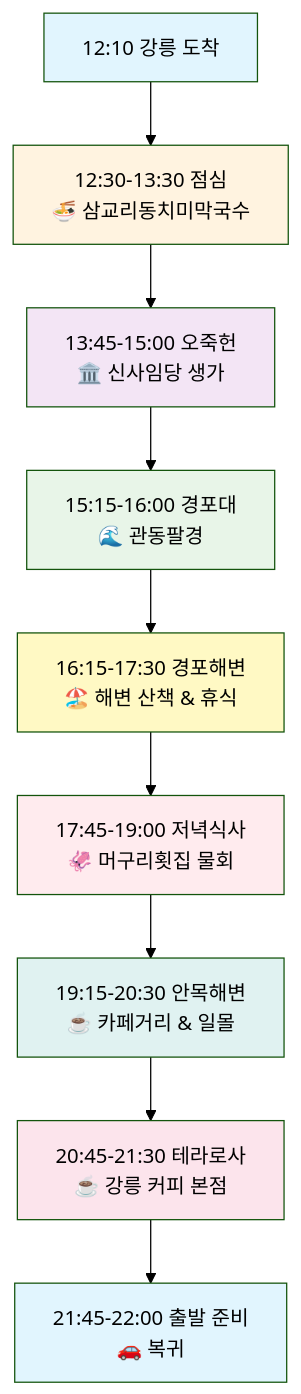
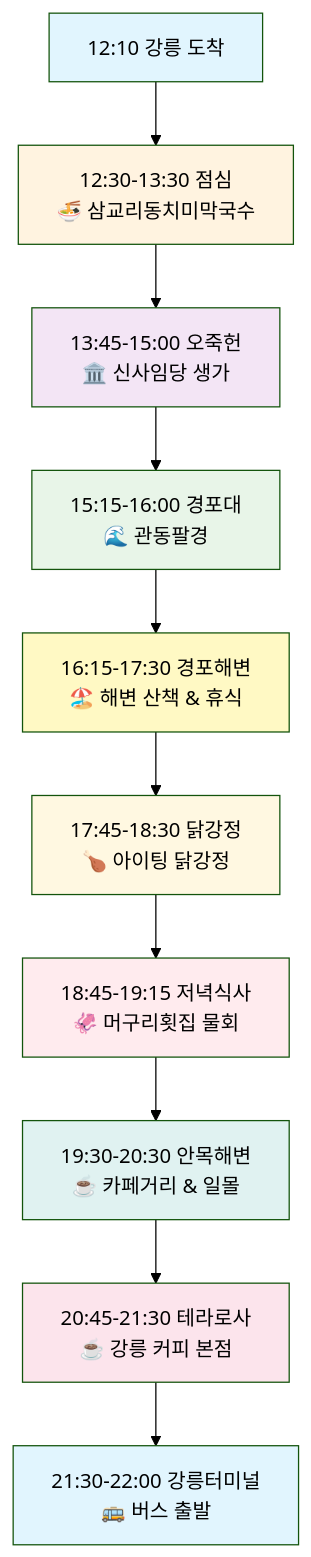
Before and after one commit to didghwns0514/matjib_search: the diagram in README.md, drawn with Mermaid (forest theme). The commit also changed other lines of this file and 3 other files, not shown here.

````diff
--- a/README.md
+++ b/README.md
@@ -47,21 +49,23 @@
 ```mermaid
 graph TD
     A[12:10 강릉 도착] --> B[12:30-13:30 점심<br/>🍜 삼교리동치미막국수]
     B --> C[13:45-15:00 오죽헌<br/>🏛️ 신사임당 생가]
     C --> D[15:15-16:00 경포대<br/>🌊 관동팔경]
     D --> E[16:15-17:30 경포해변<br/>🏖️ 해변 산책 & 휴식]
-    E --> F[17:45-19:00 저녁식사<br/>🦑 머구리횟집 물회]
-    F --> G[19:15-20:30 안목해변<br/>☕ 카페거리 & 일몰]
-    G --> H[20:45-21:30 테라로사<br/>☕ 강릉 커피 본점]
-    H --> I[21:45-22:00 출발 준비<br/>🚗 복귀]
+    E --> F[17:45-18:30 닭강정<br/>🍗 아이팅 닭강정]
+    F --> G[18:45-19:15 저녁식사<br/>🦑 머구리횟집 물회]
+    G --> H[19:30-20:30 안목해변<br/>☕ 카페거리 & 일몰]
+    H --> I[20:45-21:30 테라로사<br/>☕ 강릉 커피 본점]
+    I --> J[21:30-22:00 강릉터미널<br/>🚌 버스 출발]
 
     style A fill:#e1f5fe
     style B fill:#fff3e0
     style C fill:#f3e5f5
     style D fill:#e8f5e8
     style E fill:#fff9c4
-    style F fill:#ffebee
-    style G fill:#e0f2f1
-    style H fill:#fce4ec
-    style I fill:#e1f5fe
+    style F fill:#fff8e1
+    style G fill:#ffebee
+    style H fill:#e0f2f1
+    style I fill:#fce4ec
+    style J fill:#e1f5fe
 ```
````
